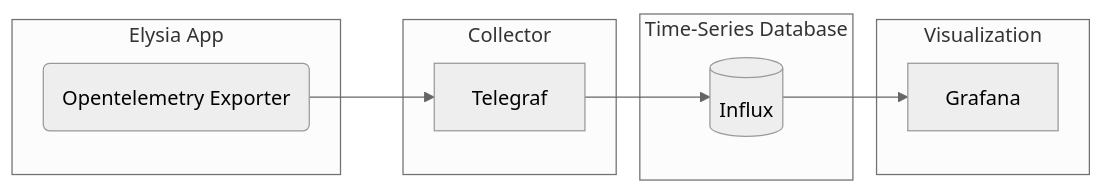
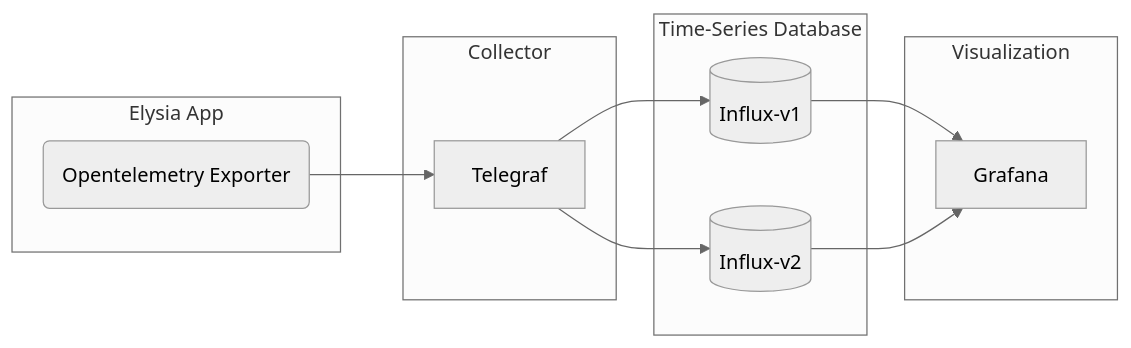
Before and after one commit to christian-draeger/elysia-observability-example: the diagram in README.md, drawn with Mermaid (neutral theme).

````diff
--- a/README.md
+++ b/README.md
@@ -4,18 +4,21 @@
 ```mermaid
 flowchart LR
     subgraph app [Elysia App];
     otel(Opentelemetry Exporter);
     end;
     subgraph collector [Collector];
     telegraf[Telegraf];
     end
     subgraph tsdb [Time-Series Database];
-    db[(Influx)];
+    db1[(Influx-v1)];
+    db2[(Influx-v2)];
     end
     subgraph ui [Visualization];
     grafana[Grafana];
     end
     otel --> telegraf;
-    telegraf --> db;
-    db --> grafana;
+    telegraf --> db1;
+    telegraf --> db2;
+    db1 --> grafana;
+    db2 --> grafana;
 ```
````
